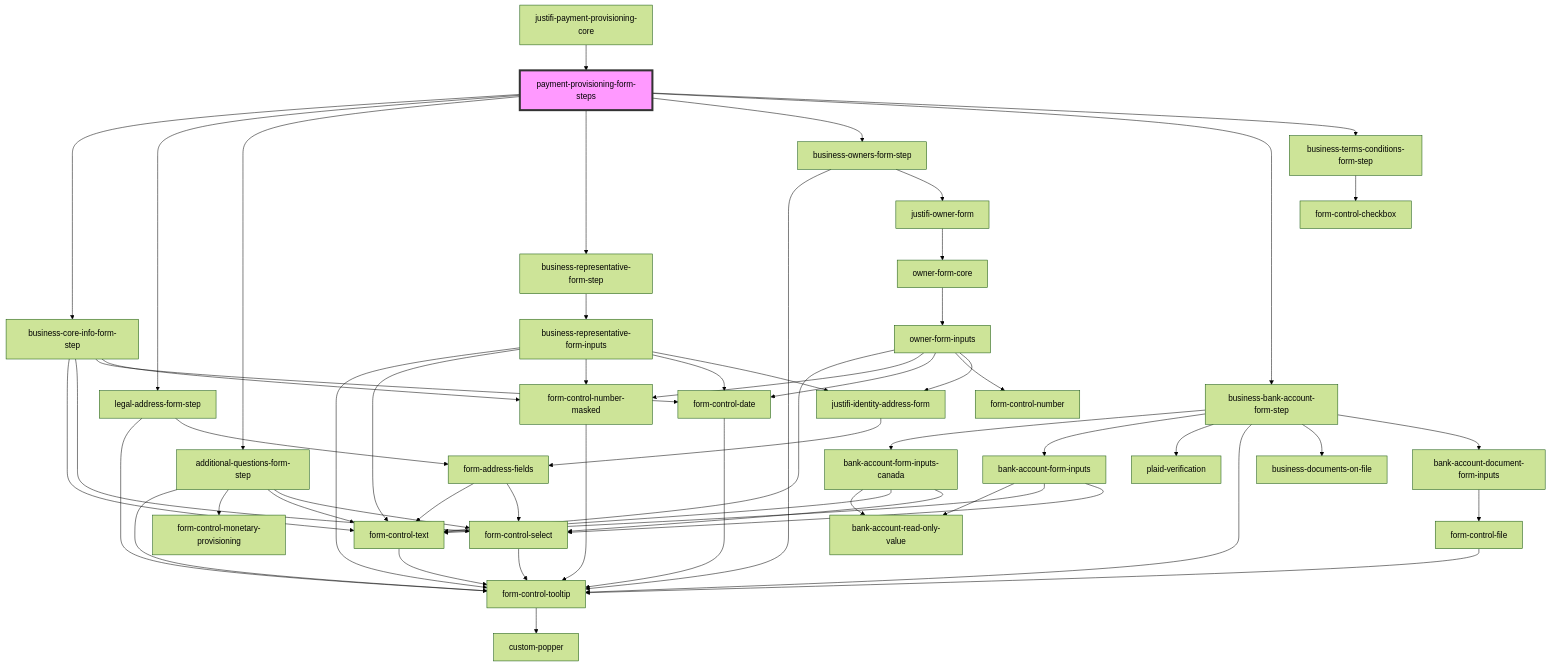
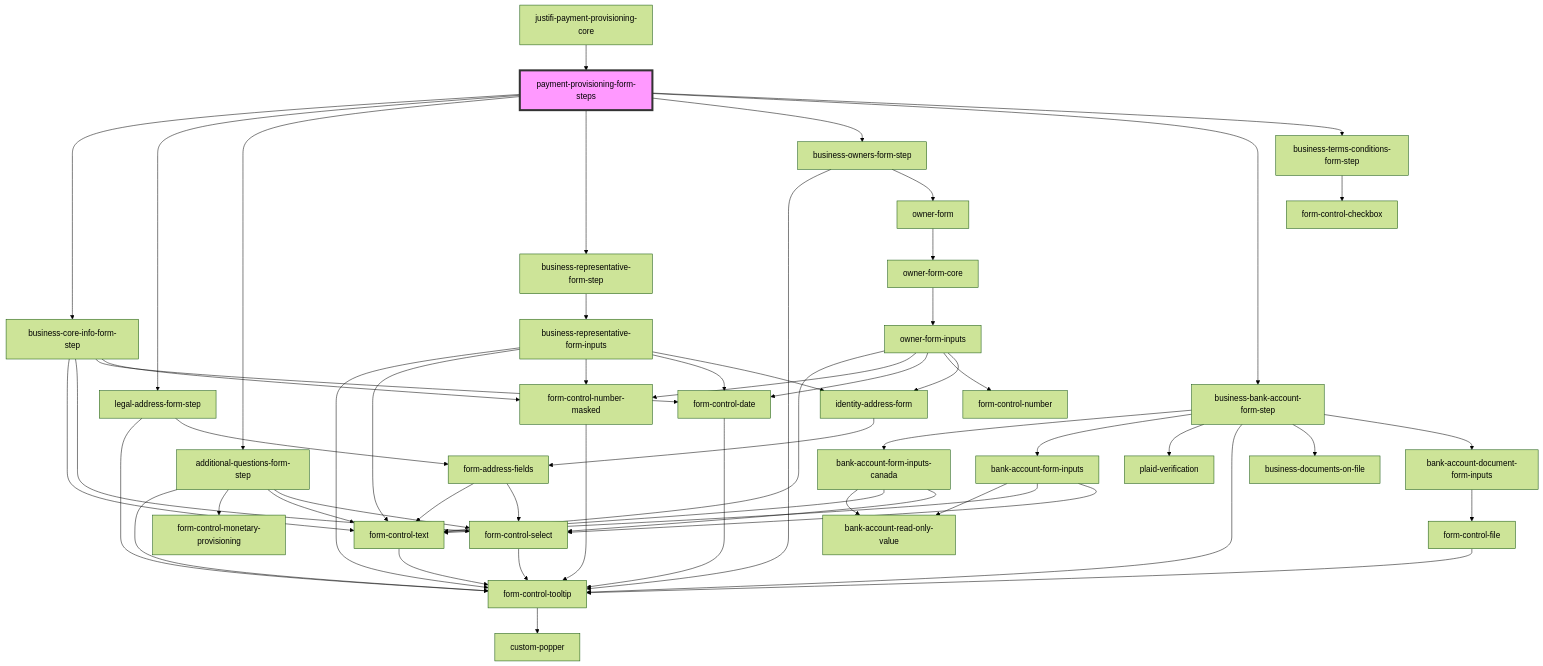
The diagram in packages/webcomponents/src/components/business-forms/payment-provisioning/readme.md (justifi-tech/web-component-library), drawn with Mermaid (forest theme) before and after one commit. The commit also changed 15 other files, not shown here.

````diff
--- a/packages/webcomponents/src/components/business-forms/payment-provisioning/readme.md
+++ b/packages/webcomponents/src/components/business-forms/payment-provisioning/readme.md
@@ -54,60 +54,60 @@
 ```mermaid
 graph TD;
   payment-provisioning-form-steps --> business-core-info-form-step
   payment-provisioning-form-steps --> legal-address-form-step
   payment-provisioning-form-steps --> additional-questions-form-step
   payment-provisioning-form-steps --> business-representative-form-step
   payment-provisioning-form-steps --> business-owners-form-step
   payment-provisioning-form-steps --> business-bank-account-form-step
   payment-provisioning-form-steps --> business-terms-conditions-form-step
   business-core-info-form-step --> form-control-text
   business-core-info-form-step --> form-control-select
   business-core-info-form-step --> form-control-date
   business-core-info-form-step --> form-control-number-masked
   form-control-text --> form-control-tooltip
   form-control-tooltip --> custom-popper
   form-control-select --> form-control-tooltip
   form-control-date --> form-control-tooltip
   form-control-number-masked --> form-control-tooltip
   legal-address-form-step --> form-control-tooltip
   legal-address-form-step --> form-address-fields
   form-address-fields --> form-control-text
   form-address-fields --> form-control-select
   additional-questions-form-step --> form-control-tooltip
   additional-questions-form-step --> form-control-monetary-provisioning
   additional-questions-form-step --> form-control-text
   additional-questions-form-step --> form-control-select
   business-representative-form-step --> business-representative-form-inputs
   business-representative-form-inputs --> form-control-tooltip
   business-representative-form-inputs --> form-control-text
   business-representative-form-inputs --> form-control-number-masked
   business-representative-form-inputs --> form-control-date
-  business-representative-form-inputs --> justifi-identity-address-form
-  justifi-identity-address-form --> form-address-fields
+  business-representative-form-inputs --> identity-address-form
+  identity-address-form --> form-address-fields
   business-owners-form-step --> form-control-tooltip
-  business-owners-form-step --> justifi-owner-form
-  justifi-owner-form --> owner-form-core
+  business-owners-form-step --> owner-form
+  owner-form --> owner-form-core
   owner-form-core --> owner-form-inputs
   owner-form-inputs --> form-control-text
   owner-form-inputs --> form-control-number-masked
   owner-form-inputs --> form-control-date
   owner-form-inputs --> form-control-number
-  owner-form-inputs --> justifi-identity-address-form
+  owner-form-inputs --> identity-address-form
   business-bank-account-form-step --> bank-account-form-inputs-canada
   business-bank-account-form-step --> bank-account-form-inputs
   business-bank-account-form-step --> plaid-verification
   business-bank-account-form-step --> form-control-tooltip
   business-bank-account-form-step --> business-documents-on-file
   business-bank-account-form-step --> bank-account-document-form-inputs
   bank-account-form-inputs-canada --> bank-account-read-only-value
   bank-account-form-inputs-canada --> form-control-text
   bank-account-form-inputs-canada --> form-control-select
   bank-account-form-inputs --> bank-account-read-only-value
   bank-account-form-inputs --> form-control-text
   bank-account-form-inputs --> form-control-select
   bank-account-document-form-inputs --> form-control-file
   form-control-file --> form-control-tooltip
   business-terms-conditions-form-step --> form-control-checkbox
   justifi-payment-provisioning-core --> payment-provisioning-form-steps
   style payment-provisioning-form-steps fill:#f9f,stroke:#333,stroke-width:4px
 ```
````
